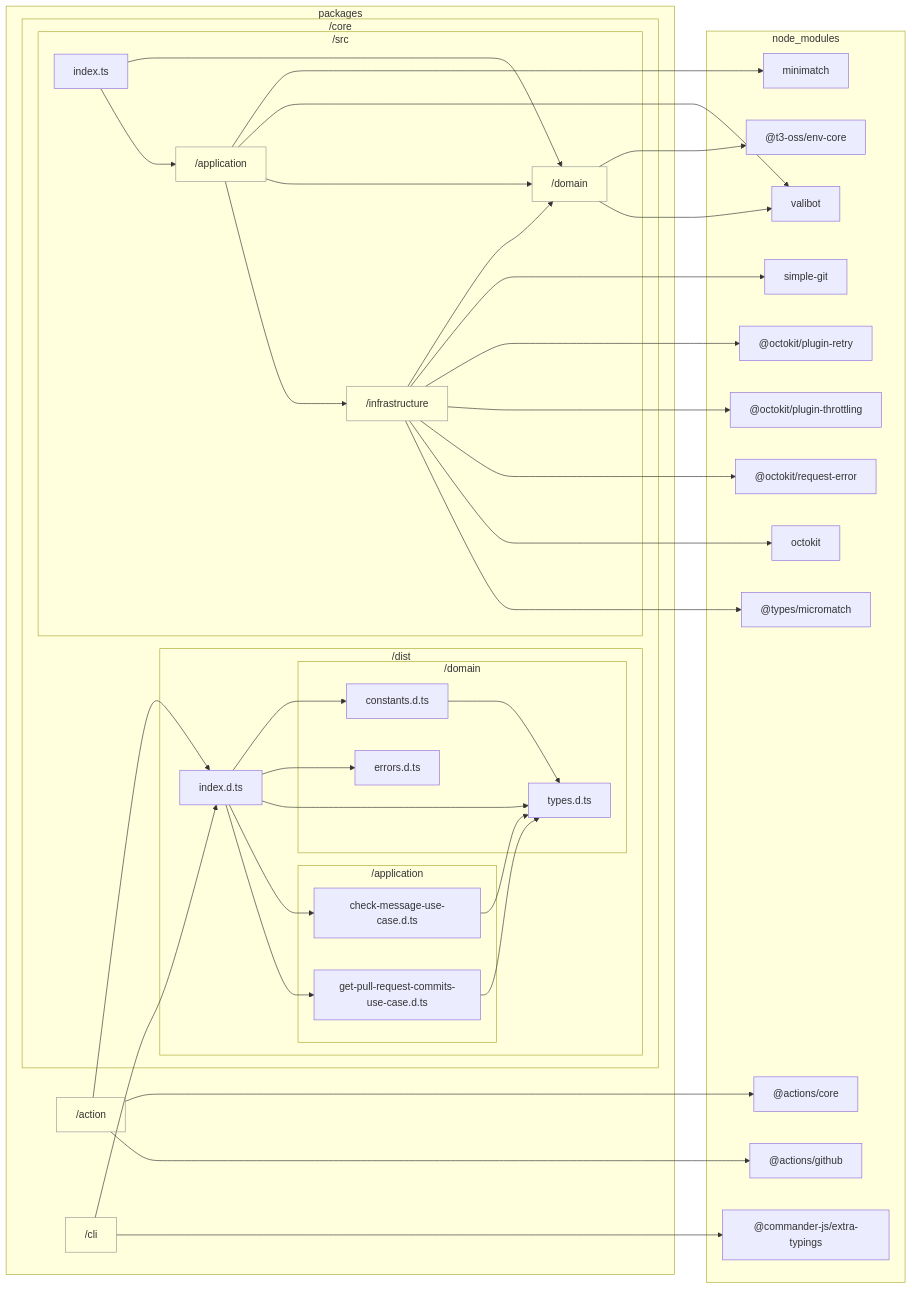
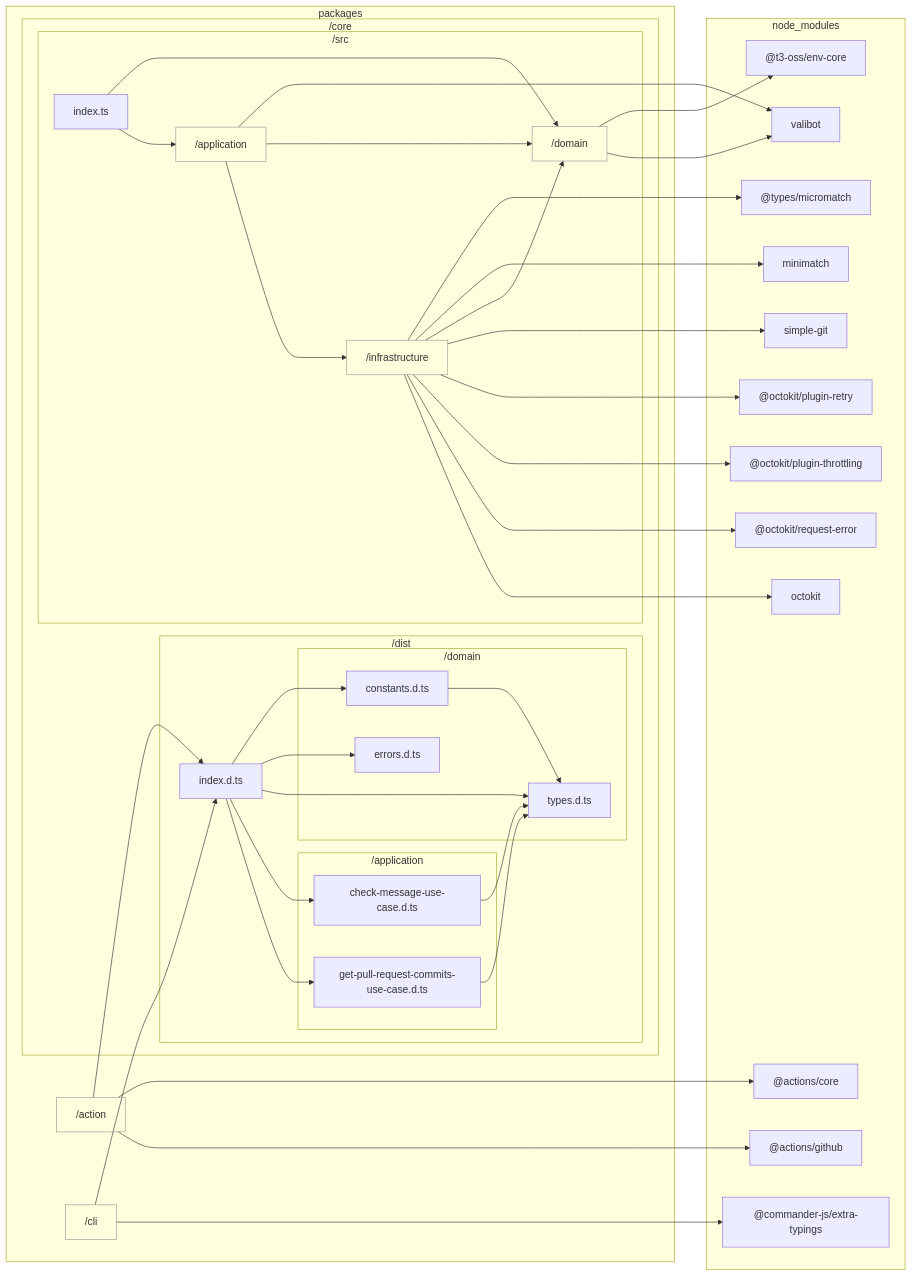
The diagram in docs/reports/dependencies/core-architecture.md (sugurutakahashi-1234/issue-linker), drawn with Mermaid before and after one commit. The commit also changed 15 other files, not shown here.

````diff
--- a/docs/reports/dependencies/core-architecture.md
+++ b/docs/reports/dependencies/core-architecture.md
@@ -7,70 +7,70 @@
 ```mermaid
 flowchart LR
     classDef dir fill:#0000,stroke:#999
     subgraph packages["packages"]
         packages/action["/action"]:::dir
         packages/cli["/cli"]:::dir
         subgraph packages/core["/core"]
             subgraph packages/core/dist["/dist"]
                 packages/core/dist/index.d.ts["index.d.ts"]
                 subgraph packages/core/dist/domain["/domain"]
                     packages/core/dist/domain/types.d.ts["types.d.ts"]
                     packages/core/dist/domain/constants.d.ts["constants.d.ts"]
                     packages/core/dist/domain/errors.d.ts["errors.d.ts"]
                 end
                 subgraph packages/core/dist/application["/application"]
                     packages/core/dist/application/check//message//use//case.d.ts["check-message-use-case.d.ts"]
                     packages/core/dist/application/get//pull//request//commits//use//case.d.ts["get-pull-request-commits-use-case.d.ts"]
                 end
             end
             subgraph packages/core/src["/src"]
                 packages/core/src/domain["/domain"]:::dir
                 packages/core/src/infrastructure["/infrastructure"]:::dir
                 packages/core/src/application["/application"]:::dir
                 packages/core/src/index.ts["index.ts"]
             end
         end
     end
     subgraph node//modules["node_modules"]
         node//modules///actions/core/lib/core.d.ts["@actions/core"]
         node//modules///actions/github/lib/github.d.ts["@actions/github"]
         node//modules///commander//js/extra//typings/index.d.ts["@commander-js/extra-typings"]
+        node//modules///types/micromatch/index.d.ts["@types/micromatch"]
+        node//modules/minimatch/dist/commonjs/index.d.ts["minimatch"]
         node//modules///t3//oss/env//core/dist/index.d.ts["@t3-oss/env-core"]
         node//modules/valibot/dist/index.d.cts["valibot"]
         node//modules/simple//git/dist/typings/index.d.ts["simple-git"]
         node//modules///octokit/plugin//retry/dist//types/index.d.ts["@octokit/plugin-retry"]
         node//modules///octokit/plugin//throttling/dist//types/index.d.ts["@octokit/plugin-throttling"]
         node//modules///octokit/request//error/dist//types/index.d.ts["@octokit/request-error"]
         node//modules/octokit/dist//types/index.d.ts["octokit"]
-        node//modules/minimatch/dist/commonjs/index.d.ts["minimatch"]
-        node//modules///types/micromatch/index.d.ts["@types/micromatch"]
     end
     packages/core/dist/domain/constants.d.ts-->packages/core/dist/domain/types.d.ts
     packages/core/dist/application/check//message//use//case.d.ts-->packages/core/dist/domain/types.d.ts
     packages/core/dist/application/get//pull//request//commits//use//case.d.ts-->packages/core/dist/domain/types.d.ts
     packages/core/dist/index.d.ts-->packages/core/dist/domain/constants.d.ts
     packages/core/dist/index.d.ts-->packages/core/dist/domain/errors.d.ts
     packages/core/dist/index.d.ts-->packages/core/dist/domain/types.d.ts
     packages/core/dist/index.d.ts-->packages/core/dist/application/check//message//use//case.d.ts
     packages/core/dist/index.d.ts-->packages/core/dist/application/get//pull//request//commits//use//case.d.ts
     packages/action-->node//modules///actions/core/lib/core.d.ts
     packages/action-->node//modules///actions/github/lib/github.d.ts
     packages/action-->packages/core/dist/index.d.ts
     packages/cli-->node//modules///commander//js/extra//typings/index.d.ts
     packages/cli-->packages/core/dist/index.d.ts
+    packages/core/src/infrastructure-->node//modules///types/micromatch/index.d.ts
+    packages/core/src/infrastructure-->node//modules/minimatch/dist/commonjs/index.d.ts
+    packages/core/src/infrastructure-->packages/core/src/domain
     packages/core/src/domain-->node//modules///t3//oss/env//core/dist/index.d.ts
     packages/core/src/domain-->node//modules/valibot/dist/index.d.cts
-    packages/core/src/infrastructure-->packages/core/src/domain
     packages/core/src/infrastructure-->node//modules/simple//git/dist/typings/index.d.ts
     packages/core/src/infrastructure-->node//modules///octokit/plugin//retry/dist//types/index.d.ts
     packages/core/src/infrastructure-->node//modules///octokit/plugin//throttling/dist//types/index.d.ts
     packages/core/src/infrastructure-->node//modules///octokit/request//error/dist//types/index.d.ts
     packages/core/src/infrastructure-->node//modules/octokit/dist//types/index.d.ts
-    packages/core/src/application-->node//modules/minimatch/dist/commonjs/index.d.ts
     packages/core/src/application-->node//modules/valibot/dist/index.d.cts
     packages/core/src/application-->packages/core/src/domain
     packages/core/src/application-->packages/core/src/infrastructure
     packages/core/src/index.ts-->packages/core/src/domain
     packages/core/src/index.ts-->packages/core/src/application
-    packages/core/src/infrastructure-->node//modules///types/micromatch/index.d.ts
 ```
````
